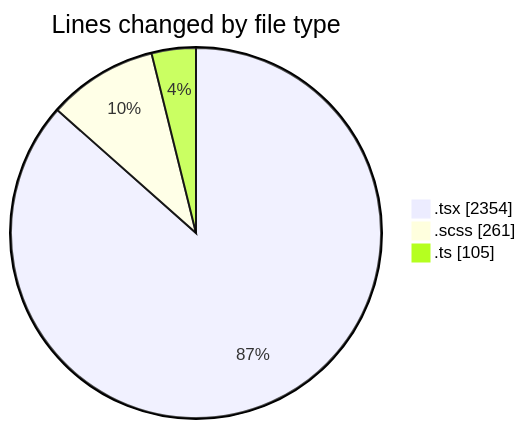
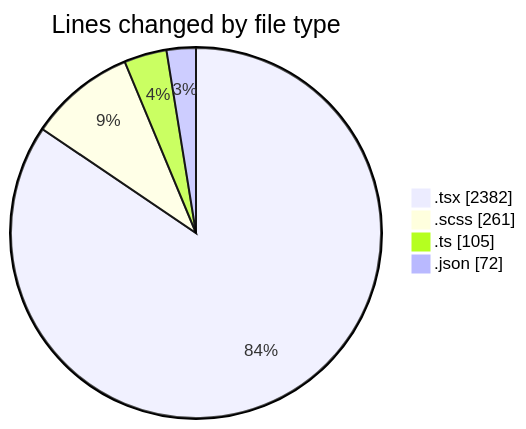
One commit to momahboobian/code-tracking changed the first of 2 diagrams in 2026-11-06/cda/README.md. Above: the diagram before and after it, drawn with Mermaid. The commit also changed other lines of this file and 1 other file, not shown here.

````diff
--- a/2026-11-06/cda/README.md
+++ b/2026-11-06/cda/README.md
@@ -37,7 +39,8 @@
 ```mermaid
 pie showData
 title Lines changed by file type
-".tsx" : 2354
+".tsx" : 2382
 ".scss" : 261
 ".ts" : 105
+".json" : 72
 ```
````
